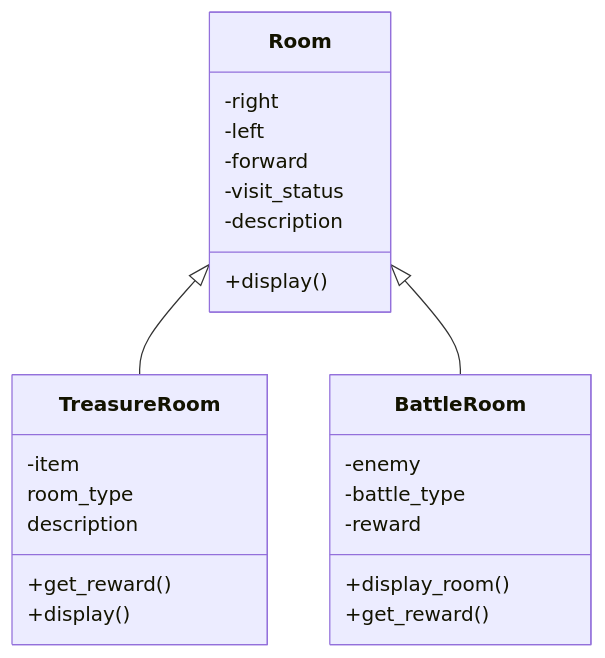
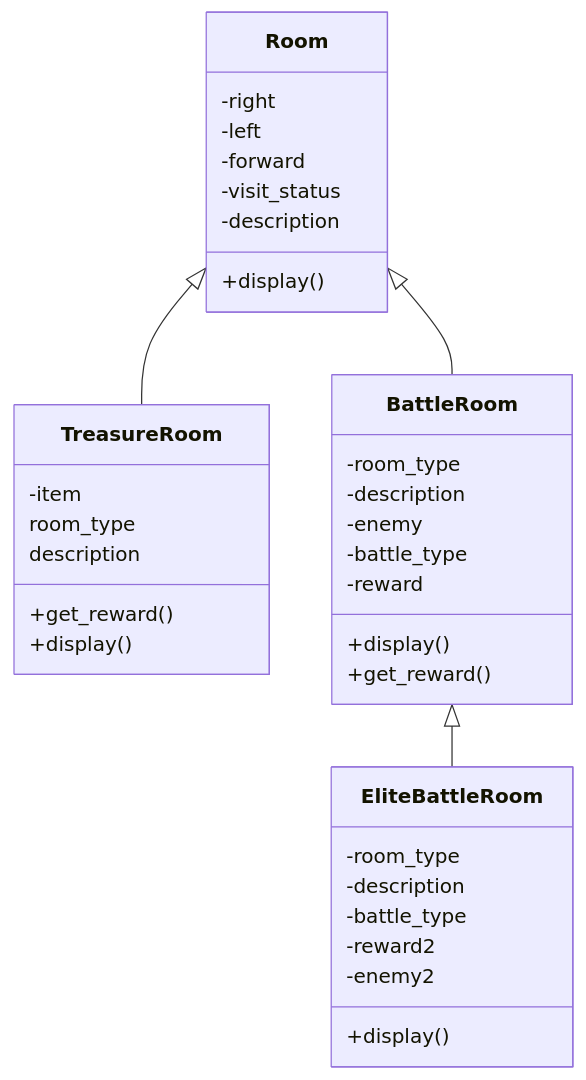
One commit to edward-yee-ny/j1-summary-project-private- changed the first of 4 diagrams in README.md. Above: the diagram before and after it, drawn with Mermaid.

````diff
--- a/README.md
+++ b/README.md
@@ -59,22 +59,30 @@
 ```mermaid
 classDiagram
     Room <|-- TreasureRoom
     Room <|-- BattleRoom
+    BattleRoom <|-- EliteBattleRoom
     Room : -right
     Room : -left
     Room : -forward
     Room : -visit_status
     Room : -description
     Room : +display()
     TreasureRoom : -item
     TreasureRoom : room_type
     TreasureRoom :description
     TreasureRoom : +get_reward()
     TreasureRoom : +display()
+    BattleRoom : -room_type
+    BattleRoom : -description
     BattleRoom : -enemy
     BattleRoom : -battle_type
     BattleRoom : -reward
-    BattleRoom : +display_room()
+    BattleRoom : +display()
     BattleRoom : +get_reward()
-    
+    EliteBattleRoom : -room_type
+    EliteBattleRoom : -description
+    EliteBattleRoom : -battle_type
+    EliteBattleRoom : -reward2
+    EliteBattleRoom : -enemy2
+    EliteBattleRoom : +display()
 ```
````
